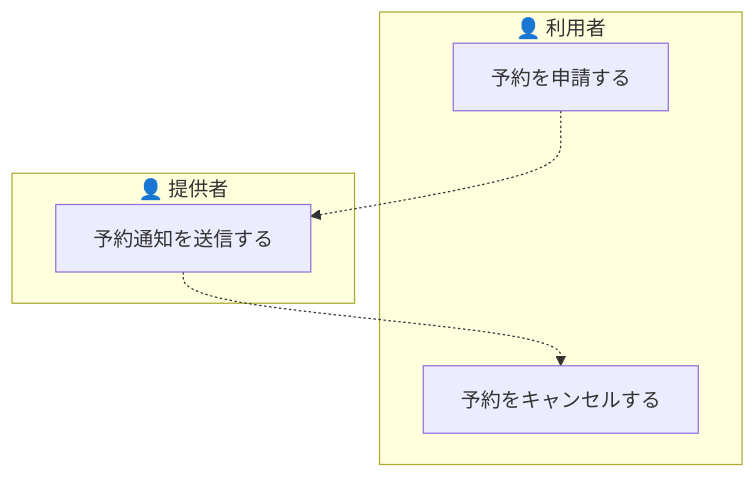
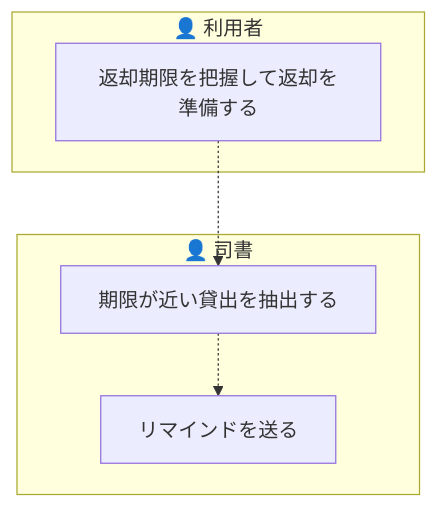
Before and after one commit to suwa-sh/suwa-sh-claude-plugins: the eighth of 13 diagrams in samples/distillery/pipeline/rdra/latest/views/03_業務フロー.md, drawn with Mermaid. The commit also changed other lines of this file and 1723 other files, not shown here.

````diff
--- a/samples/distillery/pipeline/rdra/latest/views/03_業務フロー.md
+++ b/samples/distillery/pipeline/rdra/latest/views/03_業務フロー.md
@@ -80,12 +194,12 @@
 ```mermaid
 graph TD
   subgraph LN1["👤 利用者"]
-    AT1["予約を申請する"]
-    AT2["予約をキャンセルする"]
+    AT1["返却期限を把握して返却を準備する"]
   end
-  subgraph LN2["👤 提供者"]
-    AT3["予約通知を送信する"]
+  subgraph LN2["👤 司書"]
+    AT2["期限が近い貸出を抽出する"]
+    AT3["リマインドを送る"]
   end
-  AT1 -.-> AT3
-  AT3 -.-> AT2
+  AT1 -.-> AT2
+  AT2 -.-> AT3
 ```
````
